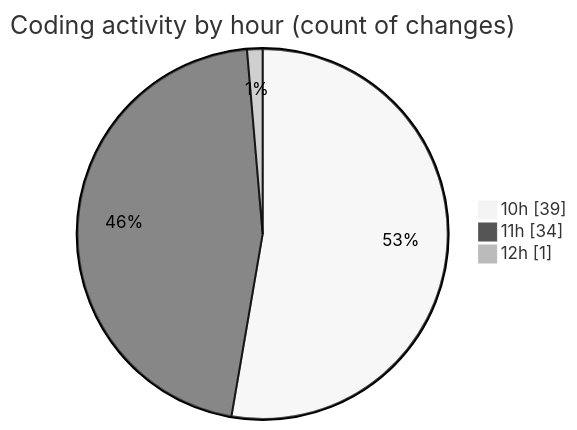
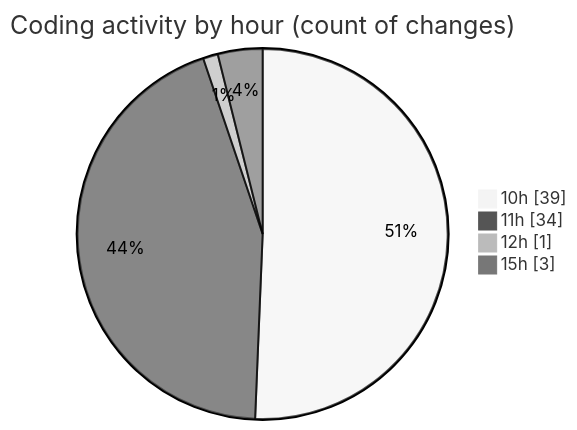
The second of 2 diagrams in 2025-04-15/portfolio/README.md (CELIANVF/code-tracking), drawn with Mermaid (neutral theme) before and after one commit. The commit also changed other lines of this file and 1 other file, not shown here.

````diff
--- a/2025-04-15/portfolio/README.md
+++ b/2025-04-15/portfolio/README.md
@@ -30,7 +30,8 @@
 ```mermaid
 pie showData
 title Coding activity by hour (count of changes)
 "10h" : 39
 "11h" : 34
 "12h" : 1
+"15h" : 3
 ```
````
